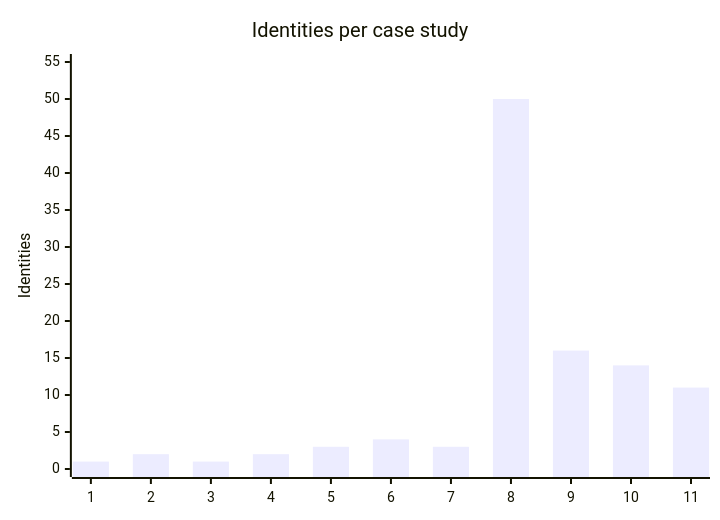
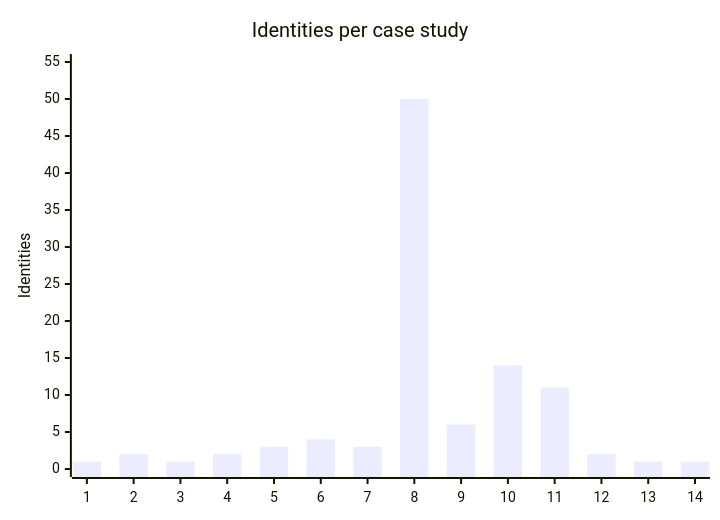
Before and after one commit to Smugandcomfy/waifu-ai-desktop: the first of 20 diagrams in docs/USE_CASES.md, drawn with Mermaid. The commit also changed other lines of this file and 14 other files, not shown here.

````diff
--- a/docs/USE_CASES.md
+++ b/docs/USE_CASES.md
@@ -54,7 +57,7 @@
 ```mermaid
 xychart-beta
     title "Identities per case study"
-    x-axis ["1", "2", "3", "4", "5", "6", "7", "8", "9", "10", "11"]
+    x-axis ["1", "2", "3", "4", "5", "6", "7", "8", "9", "10", "11", "12", "13", "14"]
     y-axis "Identities" 0 --> 55
-    bar [1, 2, 1, 2, 3, 4, 3, 50, 16, 14, 11]
+    bar [1, 2, 1, 2, 3, 4, 3, 50, 6, 14, 11, 2, 1, 1]
 ```
````
